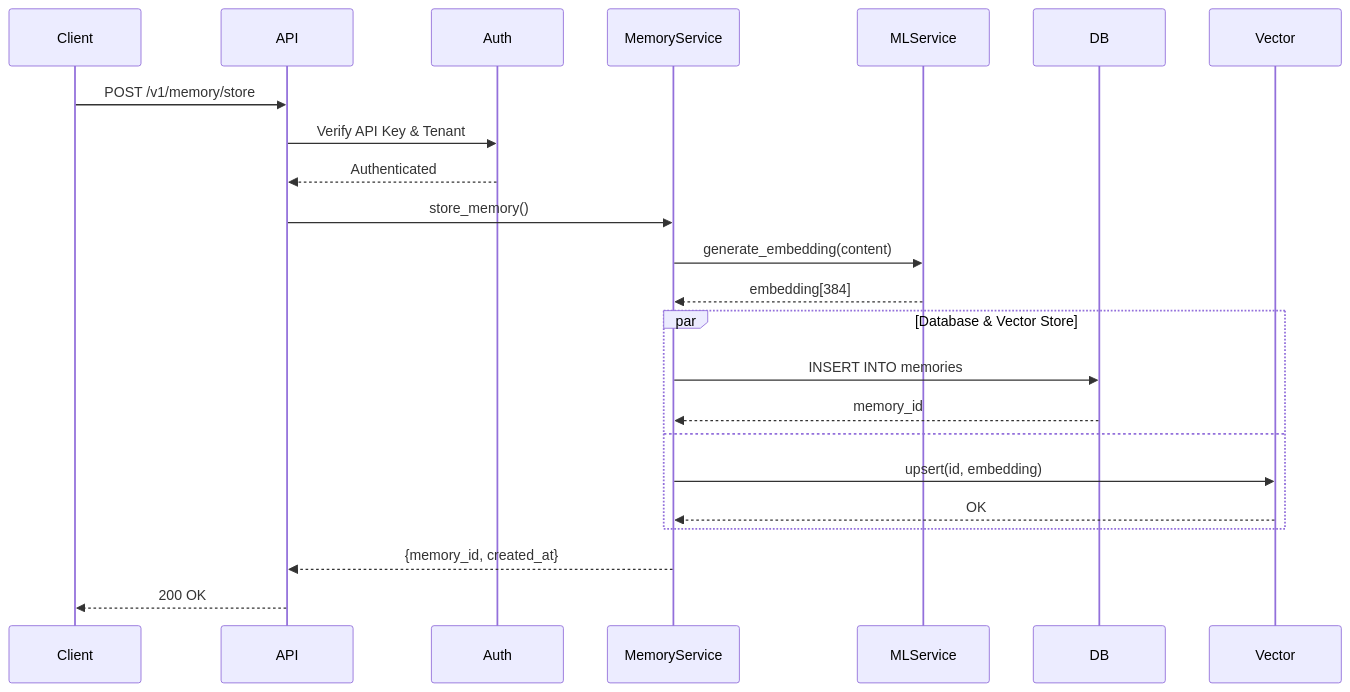
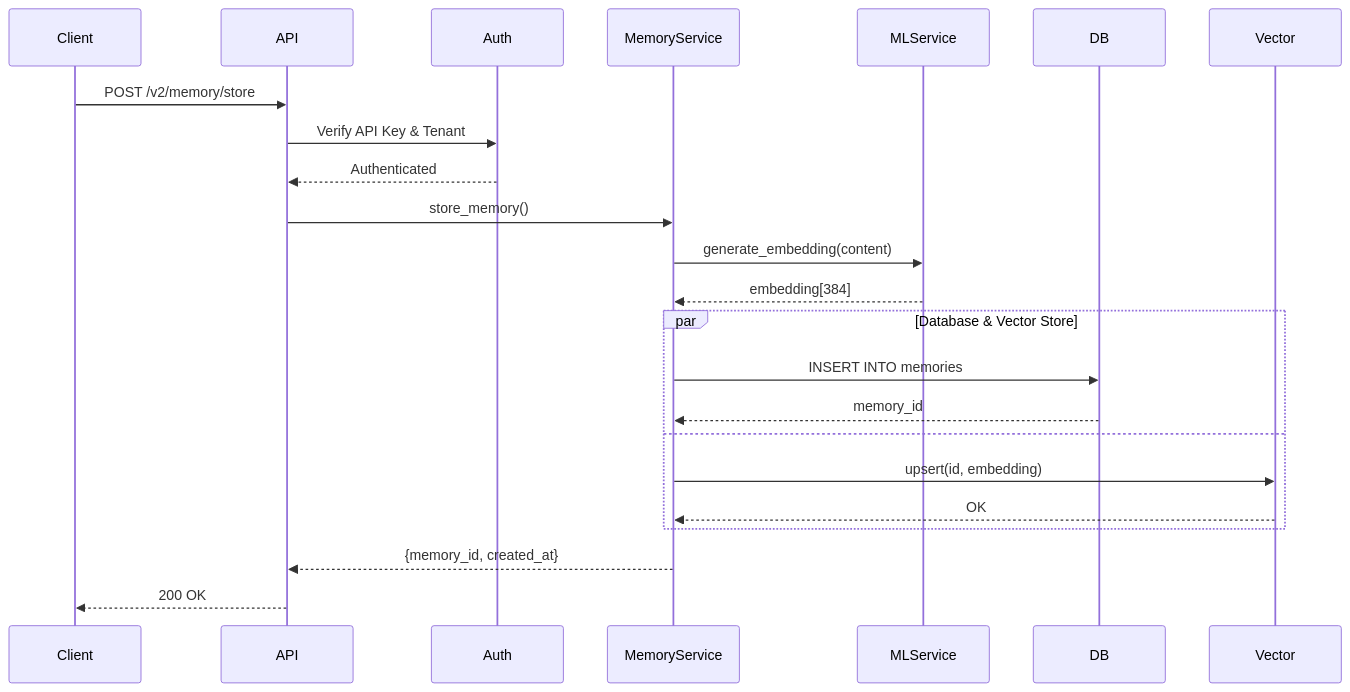
One commit to dreamsoft-pro/RAE-agentic-memory changed the second of 13 diagrams in docs/reference/architecture/ARCHITECTURE_DIAGRAMS.md. Above: the diagram before and after it, drawn with Mermaid. The commit also changed other lines of this file and 112 other files, not shown here.

````diff
--- a/docs/reference/architecture/ARCHITECTURE_DIAGRAMS.md
+++ b/docs/reference/architecture/ARCHITECTURE_DIAGRAMS.md
@@ -50,29 +50,29 @@
 ```mermaid
 sequenceDiagram
     participant Client
     participant API
     participant Auth
     participant MemoryService
     participant MLService
     participant DB
     participant Vector
 
-    Client->>API: POST /v1/memory/store
+    Client->>API: POST /v2/memory/store
     API->>Auth: Verify API Key & Tenant
     Auth-->>API: Authenticated
 
     API->>MemoryService: store_memory()
     MemoryService->>MLService: generate_embedding(content)
     MLService-->>MemoryService: embedding[384]
 
     par Database & Vector Store
         MemoryService->>DB: INSERT INTO memories
         DB-->>MemoryService: memory_id
     and
         MemoryService->>Vector: upsert(id, embedding)
         Vector-->>MemoryService: OK
     end
 
     MemoryService-->>API: {memory_id, created_at}
     API-->>Client: 200 OK
 ```
````
